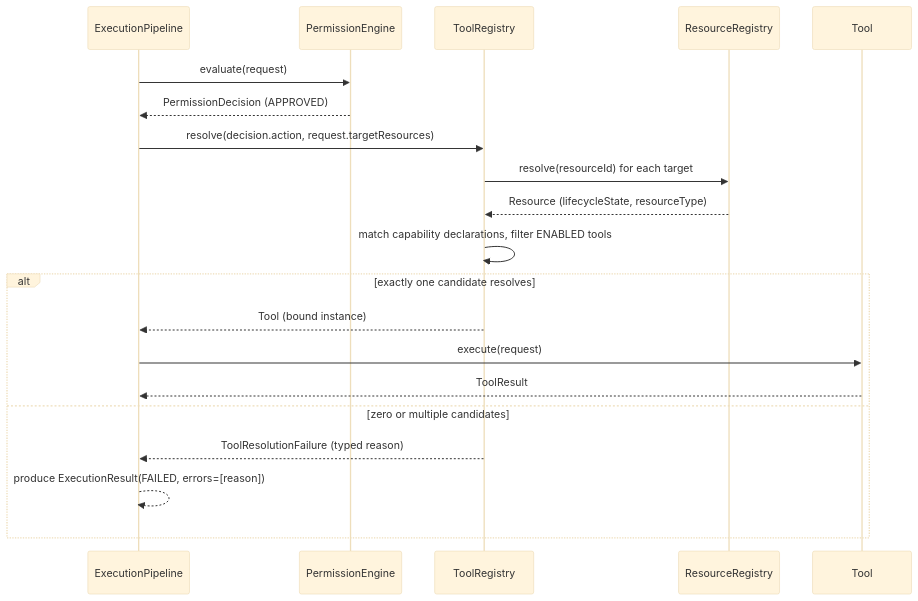
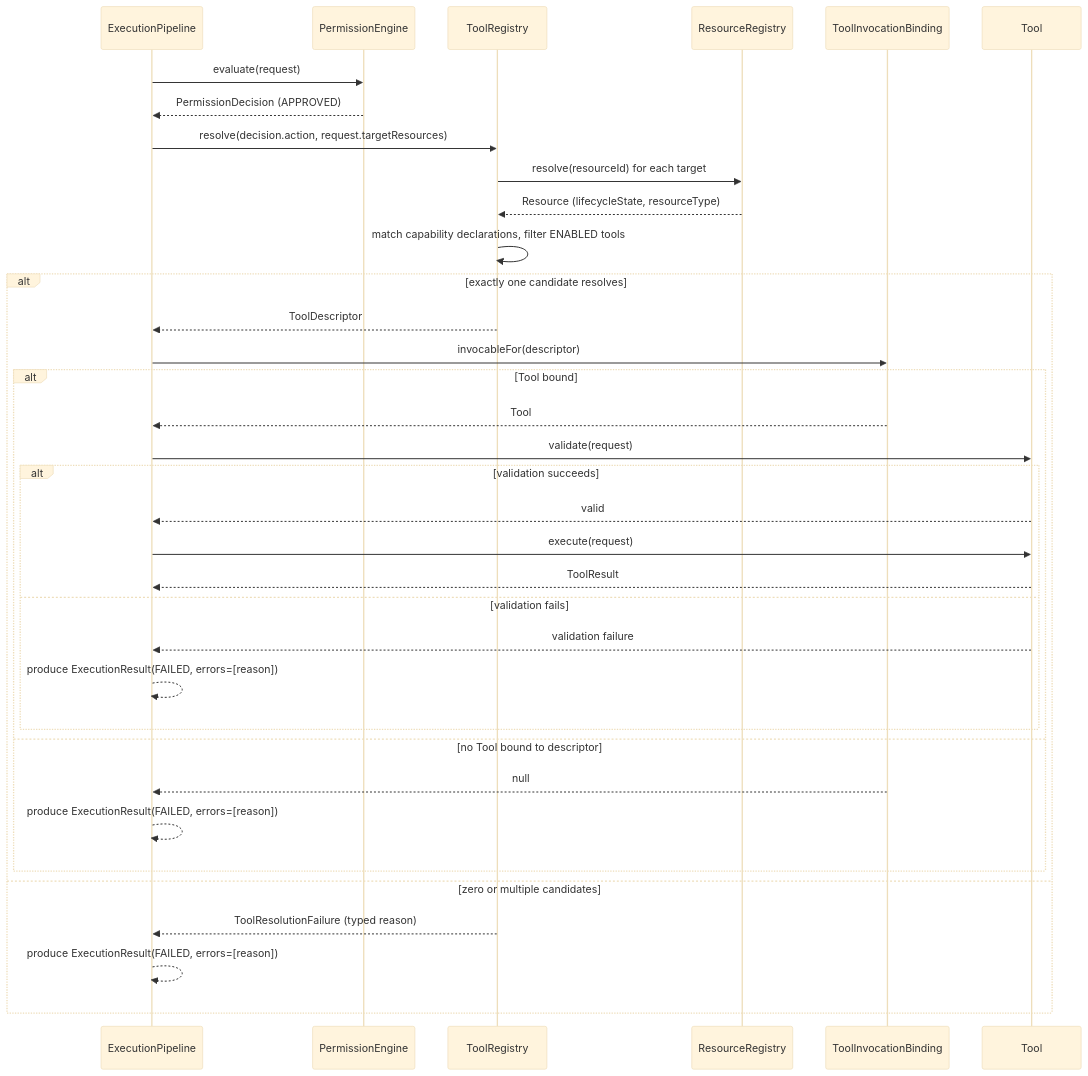
One commit to parkerai916-droid/parker-platform changed the first of 3 diagrams in docs/architecture/tool-registry.md. Above: the diagram before and after it, drawn with Mermaid (base theme). The commit also changed other lines of this file and 13 other files, not shown here.

Commit message:
docs: publish Parker Architecture v1.1

````diff
--- a/docs/architecture/tool-registry.md
+++ b/docs/architecture/tool-registry.md
@@ -153,23 +174,38 @@
 ```mermaid
 sequenceDiagram
     participant EP as ExecutionPipeline
     participant PE as PermissionEngine
     participant TR as ToolRegistry
     participant RR as ResourceRegistry
+    participant TIB as ToolInvocationBinding
     participant T as Tool
 
     EP->>PE: evaluate(request)
     PE-->>EP: PermissionDecision (APPROVED)
     EP->>TR: resolve(decision.action, request.targetResources)
     TR->>RR: resolve(resourceId) for each target
     RR-->>TR: Resource (lifecycleState, resourceType)
     TR->>TR: match capability declarations, filter ENABLED tools
     alt exactly one candidate resolves
-        TR-->>EP: Tool (bound instance)
-        EP->>T: execute(request)
-        T-->>EP: ToolResult
+        TR-->>EP: ToolDescriptor
+        EP->>TIB: invocableFor(descriptor)
+        alt Tool bound
+            TIB-->>EP: Tool
+            EP->>T: validate(request)
+            alt validation succeeds
+                T-->>EP: valid
+                EP->>T: execute(request)
+                T-->>EP: ToolResult
+            else validation fails
+                T-->>EP: validation failure
+                EP-->>EP: produce ExecutionResult(FAILED, errors=[reason])
+            end
+        else no Tool bound to descriptor
+            TIB-->>EP: null
+            EP-->>EP: produce ExecutionResult(FAILED, errors=[reason])
+        end
     else zero or multiple candidates
         TR-->>EP: ToolResolutionFailure (typed reason)
         EP-->>EP: produce ExecutionResult(FAILED, errors=[reason])
     end
 ```
````
